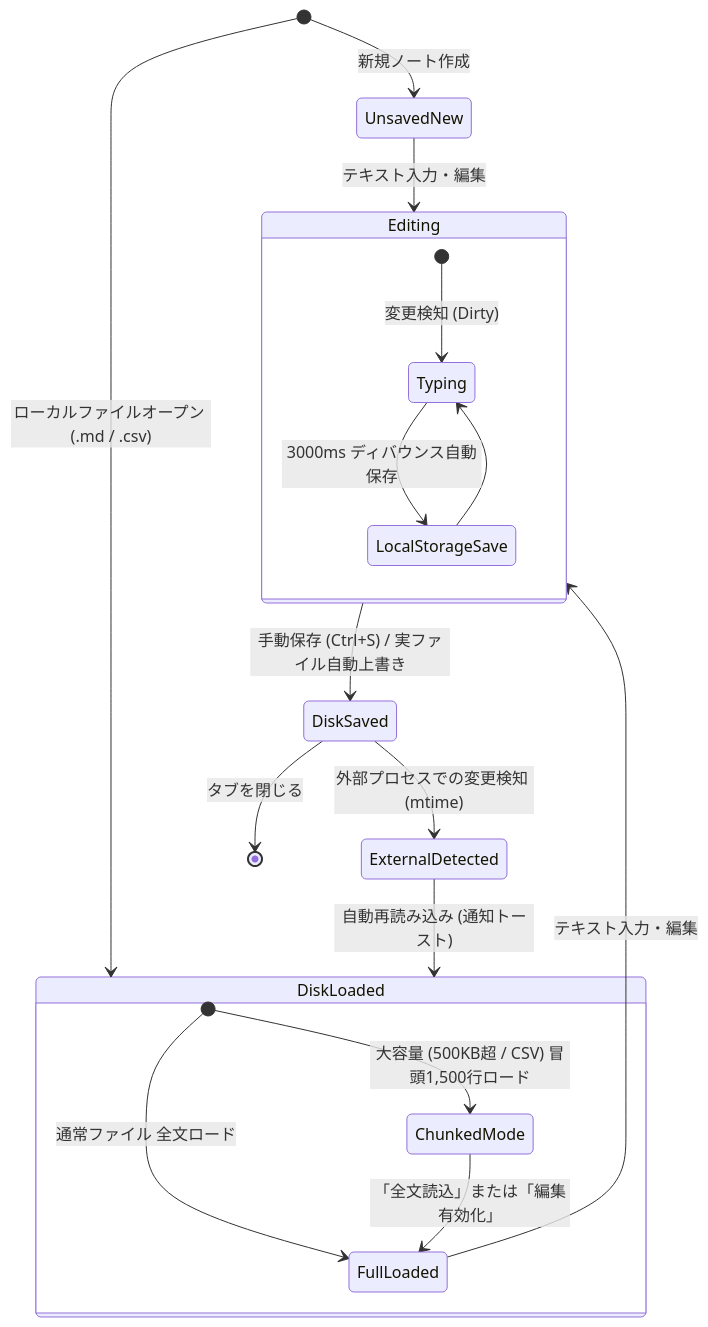
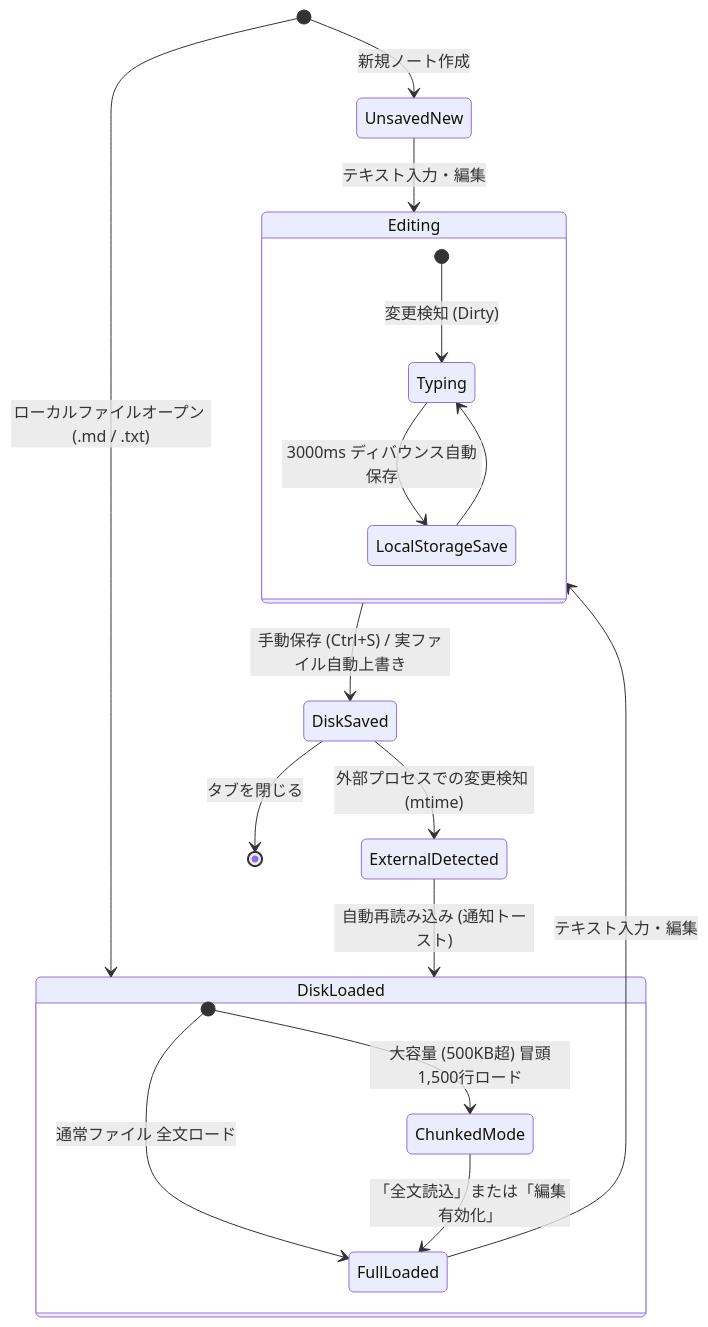
The diagram in docs/ja/SPECIFICATION.md (tkshnkgwr/QuMaEditor), drawn with Mermaid before and after one commit. The commit also changed other lines of this file and 16 other files, not shown here.

````diff
--- a/docs/ja/SPECIFICATION.md
+++ b/docs/ja/SPECIFICATION.md
@@ -33,26 +36,26 @@
 ```mermaid
 stateDiagram-v2
     [*] --> UnsavedNew: 新規ノート作成
-    [*] --> DiskLoaded: ローカルファイルオープン (.md / .csv)
+    [*] --> DiskLoaded: ローカルファイルオープン (.md / .txt)
     
     state DiskLoaded {
-        [*] --> ChunkedMode: 大容量 (500KB超 / CSV) 冒頭1,500行ロード
+        [*] --> ChunkedMode: 大容量 (500KB超) 冒頭1,500行ロード
         [*] --> FullLoaded: 通常ファイル 全文ロード
         ChunkedMode --> FullLoaded: 「全文読込」または「編集有効化」
     }
 
     UnsavedNew --> Editing: テキスト入力・編集
     FullLoaded --> Editing: テキスト入力・編集
     
     state Editing {
         [*] --> Typing: 変更検知 (Dirty)
         Typing --> LocalStorageSave: 3000ms ディバウンス自動保存
         LocalStorageSave --> Typing
     }
 
     Editing --> DiskSaved: 手動保存 (Ctrl+S) / 実ファイル自動上書き
     DiskSaved --> ExternalDetected: 外部プロセスでの変更検知 (mtime)
     ExternalDetected --> DiskLoaded: 自動再読み込み (通知トースト)
     
     DiskSaved --> [*]: タブを閉じる
 ```
````
